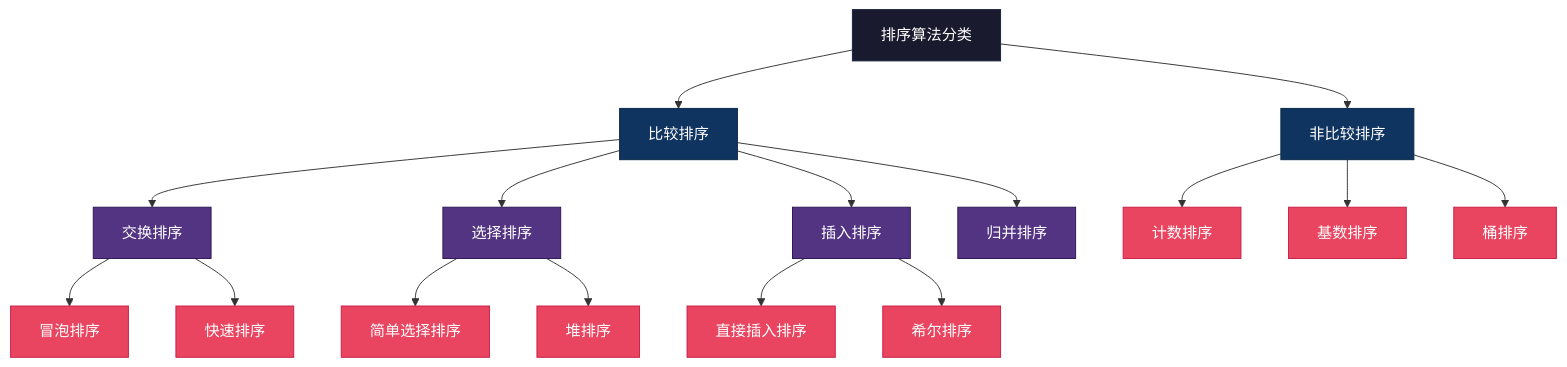
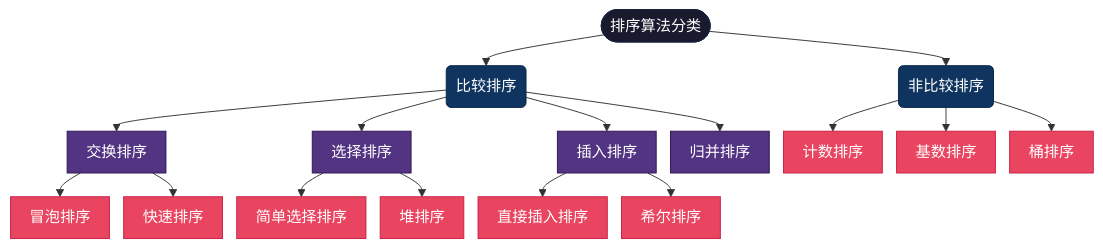
Before and after one commit to microwind/algorithms: the first of 17 diagrams in sorting/README.md, drawn with Mermaid. The commit also changed other lines of this file and 3 other files, not shown here.

````diff
--- a/sorting/README.md
+++ b/sorting/README.md
@@ -25,32 +25,33 @@
 ```mermaid
+%%{init: {'flowchart': {'nodeSpacing': 15, 'rankSpacing': 25, 'padding': 10}}}%%
 graph TD
-    ROOT["排序算法分类"]
-    ROOT --> CMP["比较排序"]
-    ROOT --> NCMP["非比较排序"]
+    ROOT(["排序算法分类"])
+    ROOT --> CMP("比较排序")
+    ROOT --> NCMP("非比较排序")
 
     CMP --> SWAP["交换排序"]
     CMP --> SEL["选择排序"]
     CMP --> INS["插入排序"]
     CMP --> MRG["归并排序"]
-
+    
     SWAP --> BUB["冒泡排序"]
     SWAP --> QCK["快速排序"]
     SEL --> SSEL["简单选择排序"]
     SEL --> HEAP["堆排序"]
     INS --> DINS["直接插入排序"]
     INS --> SHELL["希尔排序"]
-
+    
     NCMP --> CNT["计数排序"]
     NCMP --> RDX["基数排序"]
     NCMP --> BKT["桶排序"]
-
+    
     classDef root fill:#1a1a2e,color:#fff,stroke:#16213e
     classDef cat fill:#0f3460,color:#fff,stroke:#0a2647
     classDef sub fill:#533483,color:#fff,stroke:#2c1654
     classDef leaf fill:#e94560,color:#fff,stroke:#c81e45
-
+    
     class ROOT root
     class CMP,NCMP cat
     class SWAP,SEL,INS,MRG sub
     class BUB,QCK,SSEL,HEAP,DINS,SHELL,CNT,RDX,BKT leaf
 ```
````
